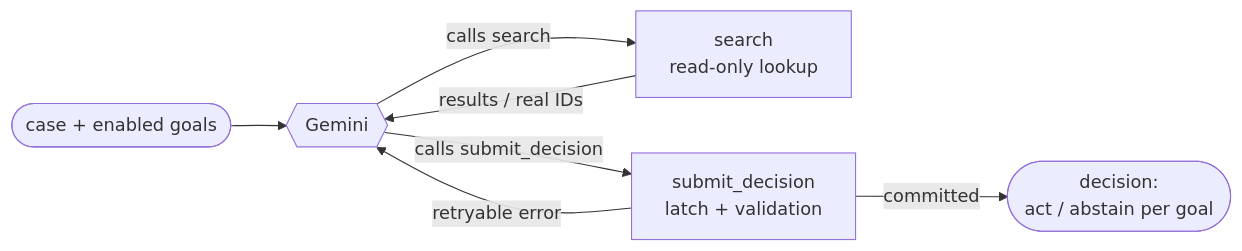
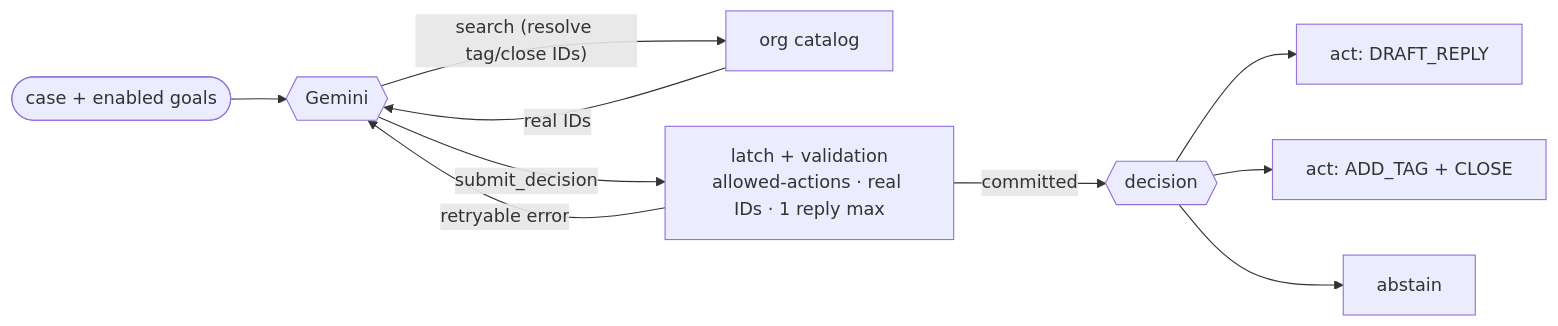
Before and after one commit to Ayush2k02/goal-agent-workbook: the first of 3 diagrams in README.md, drawn with Mermaid. The commit also changed other lines of this file and 10 other files, not shown here.

First line of the commit message:
Rebuild around real Sift shapes: two orgs, draft vs tag, frozen bench

````diff
--- a/README.md
+++ b/README.md
@@ -26,9 +38,12 @@
 ```mermaid
 flowchart LR
   IN([case + enabled goals]) --> M{{Gemini}}
-  M -- "calls search" --> S[search<br/>read-only lookup]
-  S -- "results / real IDs" --> M
-  M -- "calls submit_decision" --> D[submit_decision<br/>latch + validation]
+  M -- "search (resolve tag/close IDs)" --> C[org catalog]
+  C -- "real IDs" --> M
+  M -- "submit_decision" --> D[latch + validation<br/>allowed-actions · real IDs · 1 reply max]
   D -- "retryable error" --> M
-  D -- "committed" --> OUT([decision:<br/>act / abstain per goal])
+  D -- committed --> OUT{{decision}}
+  OUT --> R[act: DRAFT_REPLY]
+  OUT --> T[act: ADD_TAG + CLOSE]
+  OUT --> A[abstain]
 ```
````
